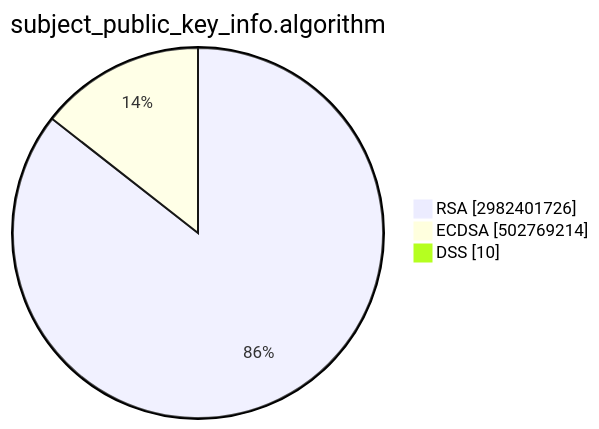
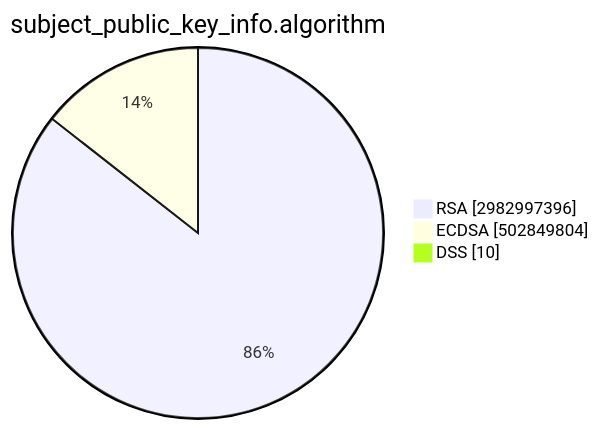
Before and after one commit to christiankrug/ctmonitor_visualization: the second of 15 diagrams in TOTAL/README.md, drawn with Mermaid. The commit also changed other lines of this file, not shown here.

````diff
--- a/TOTAL/README.md
+++ b/TOTAL/README.md
@@ -6,7 +6,7 @@
 ```mermaid
 pie showData
 title subject_public_key_info.algorithm
-"RSA" :2982401726
-"ECDSA" :502769214
+"RSA" :2982997396
+"ECDSA" :502849804
 "DSS" :10
 ```
````
